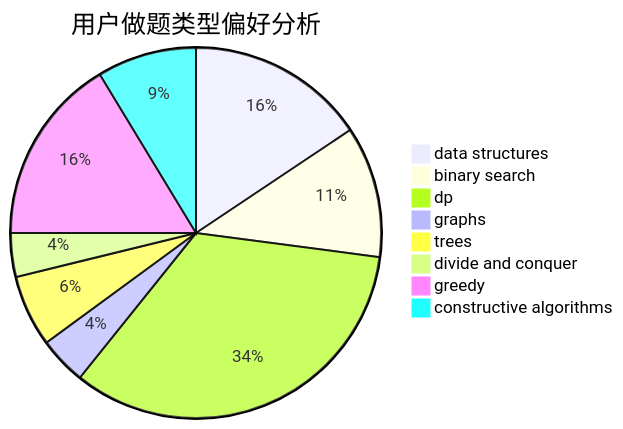
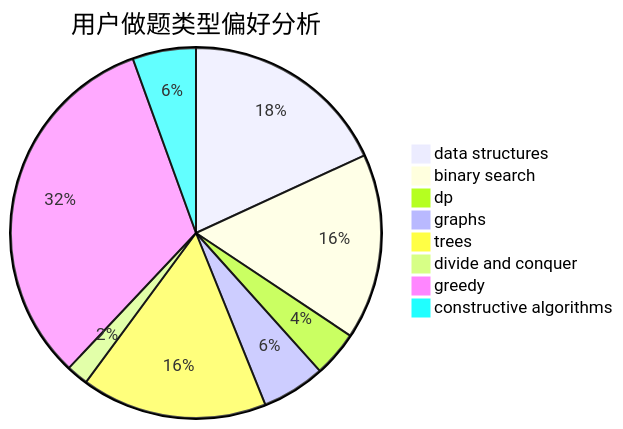
One commit to sherpahu/cfrs.github.io changed the second of 3 diagrams in docs/user/u1898.md. Above: the diagram before and after it, drawn with Mermaid. The commit also changed other lines of this file and 2770 other files, not shown here.

````diff
--- a/docs/user/u1898.md
+++ b/docs/user/u1898.md
@@ -23,11 +23,11 @@
 ```mermaid
 pie title 用户做题类型偏好分析
-    "data structures" :  45
-    "binary search" :  33
-    "dp" :  97
-    "graphs" :  12
-    "trees" :  18
-    "divide and conquer" :  11
-    "greedy" :  47
-    "constructive algorithms" :  25
+    "data structures" :  95
+    "binary search" :  85
+    "dp" :  21
+    "graphs" :  29
+    "trees" :  85
+    "divide and conquer" :  10
+    "greedy" :  170
+    "constructive algorithms" :  29
 ```
````
